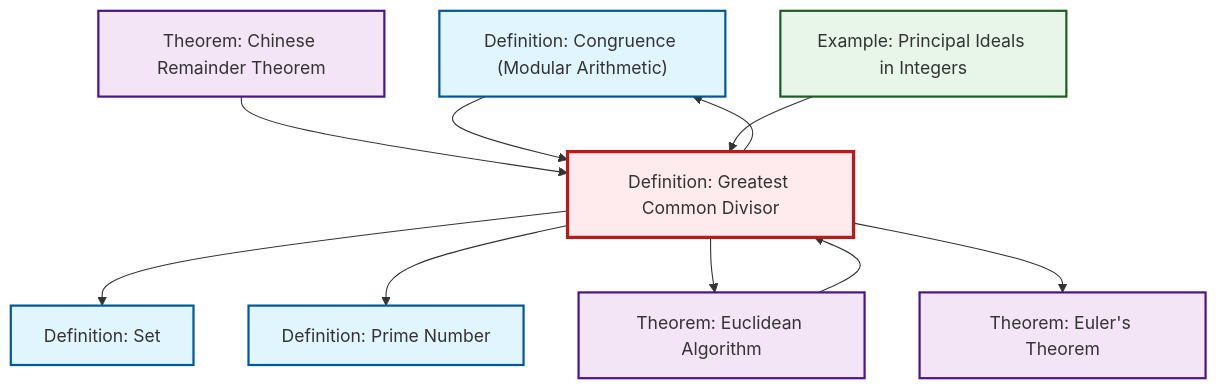
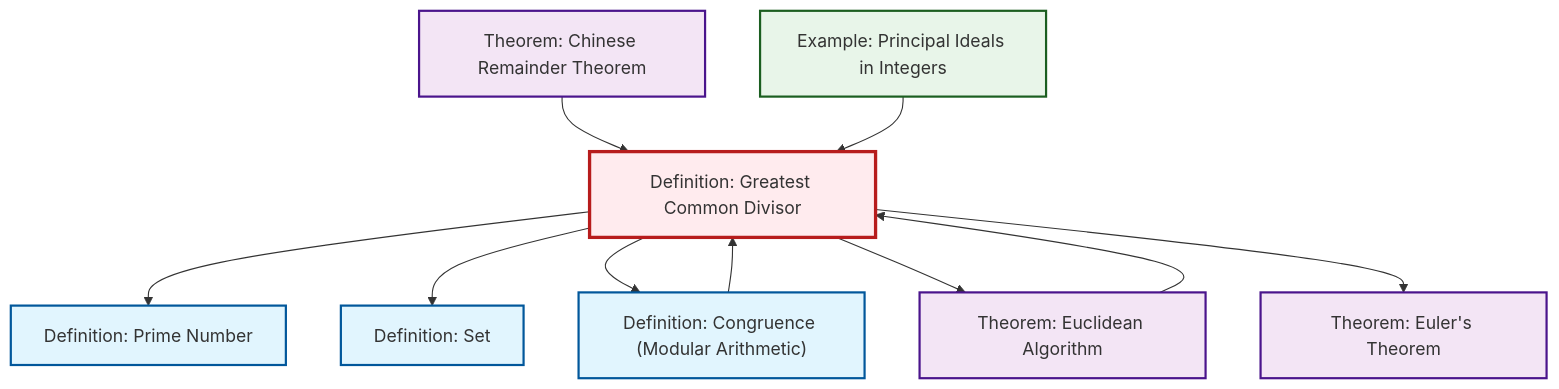
One commit to RK0429/ModernMath changed the second of 2 diagrams in content/en/number-theory/def-gcd.qmd. Above: the diagram before and after it, drawn with Mermaid. The commit also changed other lines of this file and 491 other files, not shown here.

````diff
--- a/content/en/number-theory/def-gcd.qmd
+++ b/content/en/number-theory/def-gcd.qmd
@@ -91,34 +91,34 @@
 ```{mermaid}
 %%| fig-cap: "Local dependency graph"
 graph TD
     classDef definition fill:#e1f5fe,stroke:#01579b,stroke-width:2px
     classDef theorem fill:#f3e5f5,stroke:#4a148c,stroke-width:2px
     classDef axiom fill:#fff3e0,stroke:#e65100,stroke-width:2px
     classDef example fill:#e8f5e9,stroke:#1b5e20,stroke-width:2px
     classDef current fill:#ffebee,stroke:#b71c1c,stroke-width:3px
-    def-set["Definition: Set"]:::definition
+    def-gcd["Definition: Greatest Common Divisor"]:::definition
     thm-euler["Theorem: Euler's Theorem"]:::theorem
-    def-congruence["Definition: Congruence (Modular Arithmetic)"]:::definition
-    def-gcd["Definition: Greatest Common Divisor"]:::definition
-    thm-chinese-remainder["Theorem: Chinese Remainder Theorem"]:::theorem
+    thm-euclidean-algorithm["Theorem: Euclidean Algorithm"]:::theorem
     ex-principal-ideal["Example: Principal Ideals in Integers"]:::example
     def-prime["Definition: Prime Number"]:::definition
-    thm-euclidean-algorithm["Theorem: Euclidean Algorithm"]:::theorem
+    thm-chinese-remainder["Theorem: Chinese Remainder Theorem"]:::theorem
+    def-set["Definition: Set"]:::definition
+    def-congruence["Definition: Congruence (Modular Arithmetic)"]:::definition
+    def-gcd --> def-prime
     thm-chinese-remainder --> def-gcd
-    def-congruence --> def-gcd
+    thm-euclidean-algorithm --> def-gcd
     ex-principal-ideal --> def-gcd
     def-gcd --> def-set
-    def-gcd --> def-prime
+    def-congruence --> def-gcd
+    def-gcd --> def-congruence
     def-gcd --> thm-euclidean-algorithm
-    thm-euclidean-algorithm --> def-gcd
     def-gcd --> thm-euler
-    def-gcd --> def-congruence
     class def-gcd current
-    click def-set "def-set.html" "Go to Set definition"
     click thm-euler "thm-euler.html" "Go to Euler's Theorem theorem"
-    click def-congruence "def-congruence.html" "Go to Congruence (Modular Arithmetic) definition"
-    click thm-chinese-remainder "thm-chinese-remainder.html" "Go to Chinese Remainder Theorem theorem"
+    click thm-euclidean-algorithm "thm-euclidean-algorithm.html" "Go to Euclidean Algorithm theorem"
     click ex-principal-ideal "ex-principal-ideal.html" "Go to Principal Ideals in Integers example"
     click def-prime "def-prime.html" "Go to Prime Number definition"
-    click thm-euclidean-algorithm "thm-euclidean-algorithm.html" "Go to Euclidean Algorithm theorem"
+    click thm-chinese-remainder "thm-chinese-remainder.html" "Go to Chinese Remainder Theorem theorem"
+    click def-set "def-set.html" "Go to Set definition"
+    click def-congruence "def-congruence.html" "Go to Congruence (Modular Arithmetic) definition"
 ```
````
